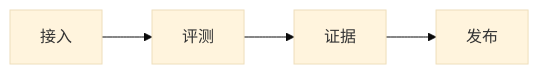
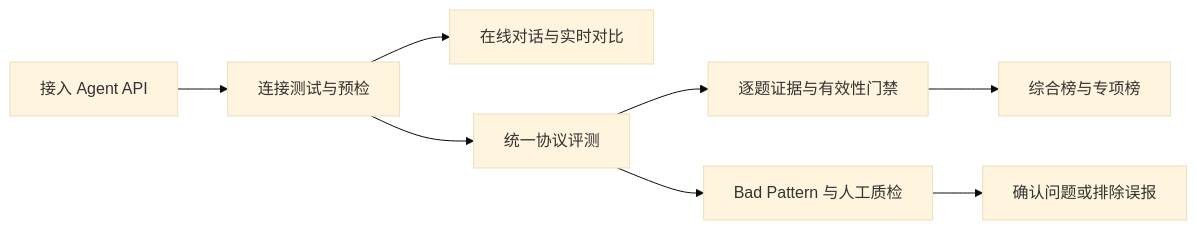
Before and after one commit to whitejettglenndesmond610-alt/Agent-Bench: the diagram in README.md, drawn with Mermaid (base theme). The commit also changed other lines of this file, not shown here.

````diff
--- a/README.md
+++ b/README.md
@@ -34,6 +46,10 @@
 ```mermaid
 flowchart LR
-    A[接入] --> B[评测]
-    B --> C[证据]
-    C --> D[发布]
+    A[接入 Agent API] --> B[连接测试与预检]
+    B --> C[在线对话与实时对比]
+    B --> D[统一协议评测]
+    D --> E[逐题证据与有效性门禁]
+    E --> F[综合榜与专项榜]
+    D --> G[Bad Pattern 与人工质检]
+    G --> H[确认问题或排除误报]
 ```
````
